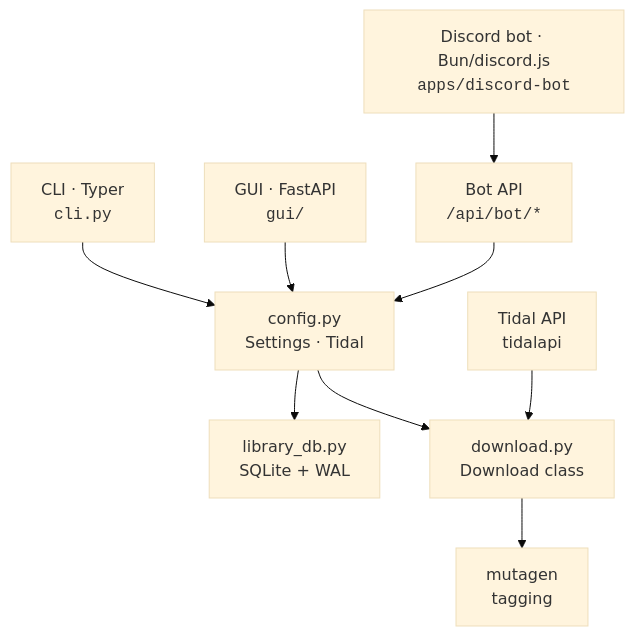
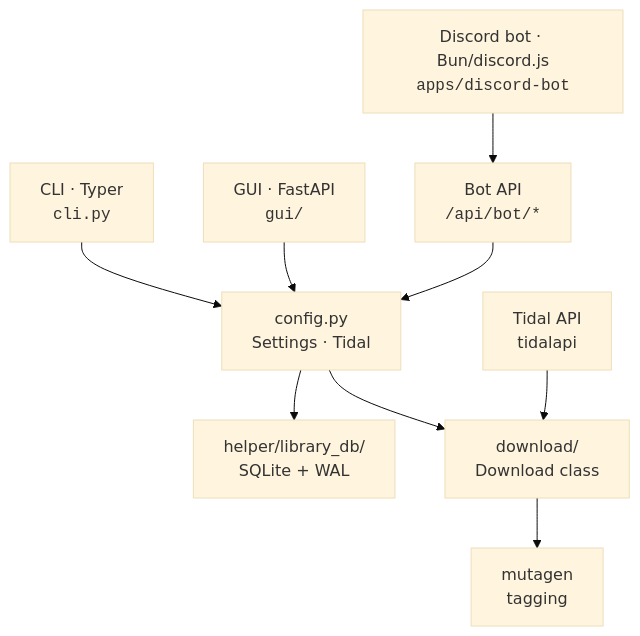
Before and after one commit to STEPPING3DCAD/music-dl: the diagram in README.md, drawn with Mermaid (base theme). The commit also changed other lines of this file and 9 other files, not shown here.

````diff
--- a/README.md
+++ b/README.md
@@ -300,11 +300,11 @@
 ```mermaid
 graph TD
     CLI["CLI · Typer<br/><code>cli.py</code>"] --> Core
     GUI["GUI · FastAPI<br/><code>gui/</code>"] --> Core
     Bot["Discord bot · Bun/discord.js<br/><code>apps/discord-bot</code>"] --> BotAPI["Bot API<br/><code>/api/bot/*</code>"]
     BotAPI --> Core
-    Core["config.py<br/>Settings · Tidal"] --> DB["library_db.py<br/>SQLite + WAL"]
-    Core --> DL["download.py<br/>Download class"]
+    Core["config.py<br/>Settings · Tidal"] --> DB["helper/library_db/<br/>SQLite + WAL"]
+    Core --> DL["download/<br/>Download class"]
     Tidal["Tidal API<br/>tidalapi"] --> DL
     DL --> Tag["mutagen<br/>tagging"]
 ```
````
